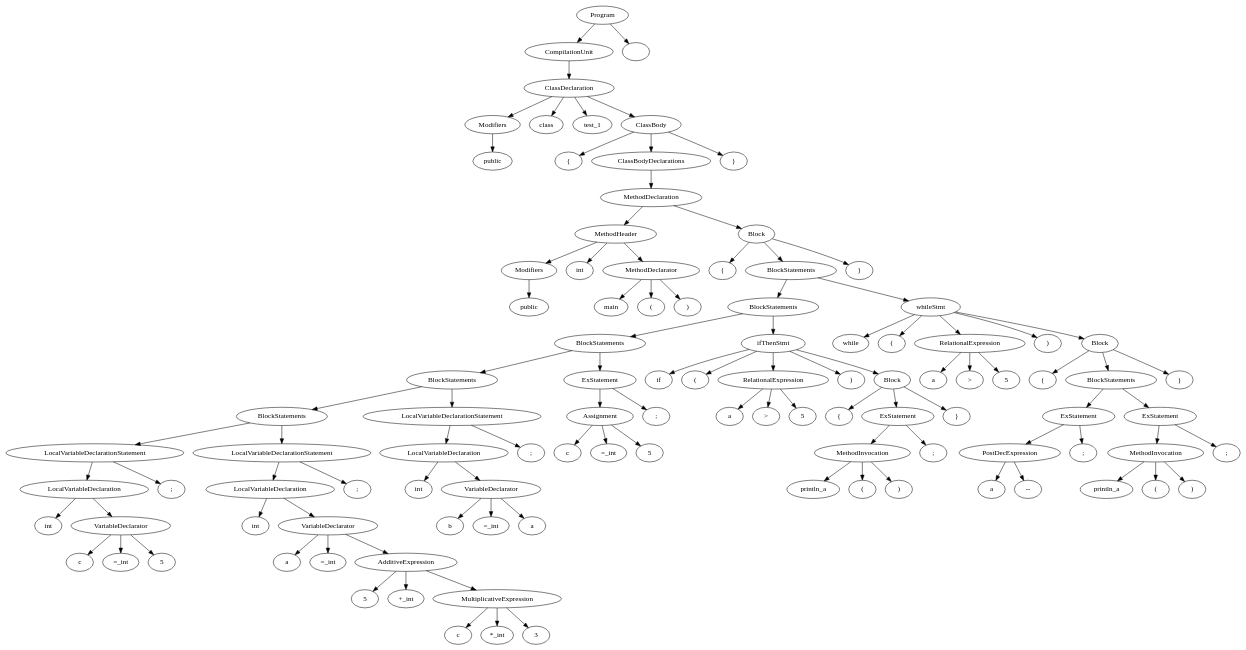
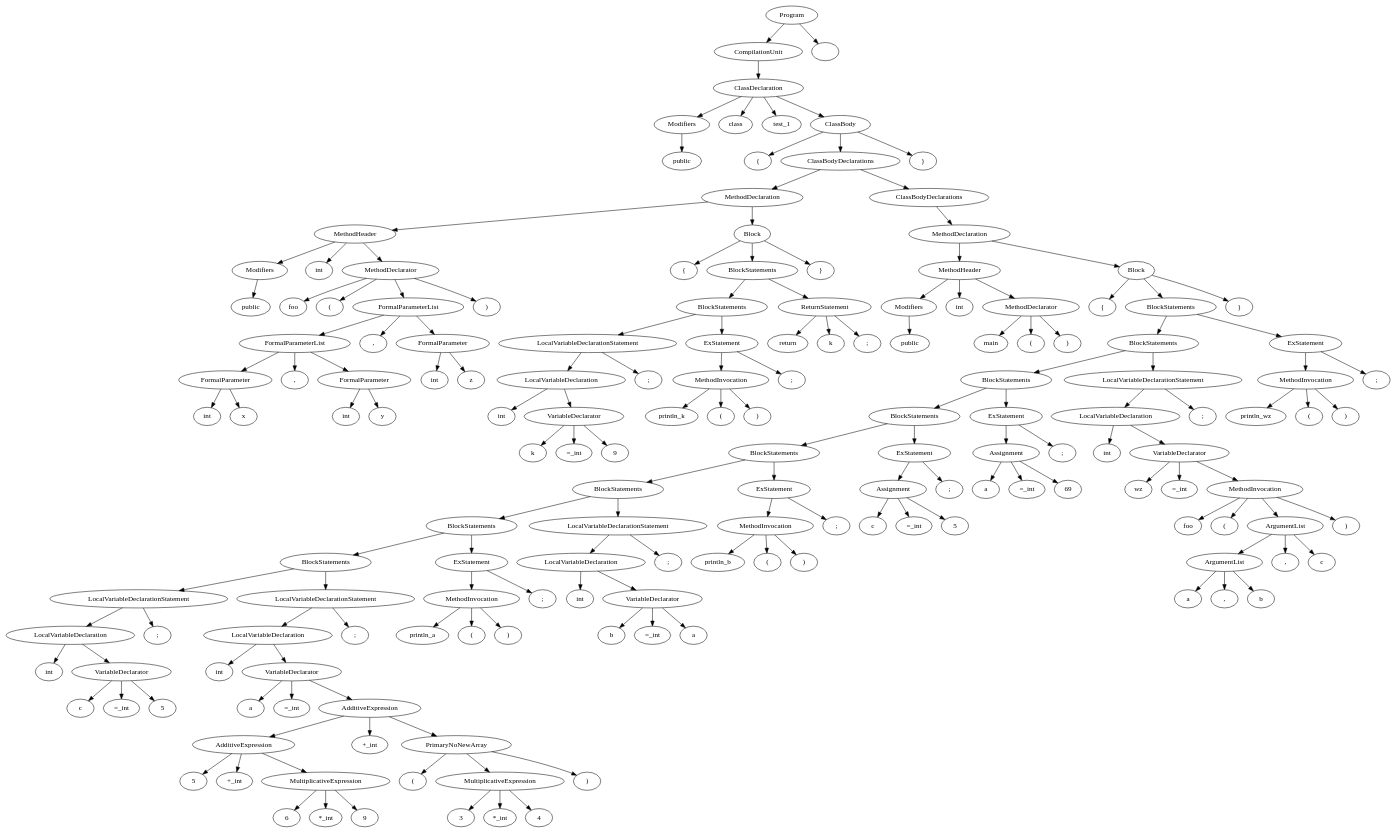
Before and after one commit to sandeepb20/Milestone: the diagram in cs335_project_200530/src/out.dot, drawn with Graphviz. The commit also changed 6 other files, not shown here.

```diff
--- a/cs335_project_200530/src/out.dot
+++ b/cs335_project_200530/src/out.dot
@@ -9,203 +9,323 @@
 n7 [label="Modifiers"]
 n7->n6;
 n8 [label="int"]
-n9 [label="main"]
+n9 [label="foo"]
 n10 [label="("]
-n11 [label=")"]
-n12 [label="MethodDeclarator"]
-n12->n11;
-n12->n10;
-n12->n9;
-n13 [label="MethodHeader"]
+n11 [label="int"]
+n12 [label="x"]
+n13 [label="FormalParameter"]
 n13->n12;
-n13->n8;
-n13->n7;
-n14 [label="{"]
+n13->n11;
+n14 [label=","]
 n15 [label="int"]
-n16 [label="c"]
-n17 [label="=_int"]
-n18 [label="5"]
-n19 [label="VariableDeclarator"]
-n19->n18;
-n19->n17;
-n19->n16;
-n20 [label="LocalVariableDeclaration"]
-n20->n19;
-n20->n15;
-n21 [label=";"]
-n22 [label="LocalVariableDeclarationStatement"]
+n16 [label="y"]
+n17 [label="FormalParameter"]
+n17->n16;
+n17->n15;
+n18 [label="FormalParameterList"]
+n18->n17;
+n18->n14;
+n18->n13;
+n19 [label=","]
+n20 [label="int"]
+n21 [label="z"]
+n22 [label="FormalParameter"]
 n22->n21;
 n22->n20;
-n23 [label="int"]
-n24 [label="a"]
-n25 [label="=_int"]
-n26 [label="5"]
-n27 [label="+_int"]
-n28 [label="c"]
-n29 [label="*_int"]
-n30 [label="3"]
-n31 [label="MultiplicativeExpression"]
-n31->n30;
-n31->n29;
-n31->n28;
-n32 [label="AdditiveExpression"]
+n23 [label="FormalParameterList"]
+n23->n22;
+n23->n19;
+n23->n18;
+n24 [label=")"]
+n25 [label="MethodDeclarator"]
+n25->n24;
+n25->n23;
+n25->n10;
+n25->n9;
+n26 [label="MethodHeader"]
+n26->n25;
+n26->n8;
+n26->n7;
+n27 [label="{"]
+n28 [label="int"]
+n29 [label="k"]
+n30 [label="=_int"]
+n31 [label="9"]
+n32 [label="VariableDeclarator"]
 n32->n31;
-n32->n27;
-n32->n26;
-n33 [label="VariableDeclarator"]
+n32->n30;
+n32->n29;
+n33 [label="LocalVariableDeclaration"]
 n33->n32;
-n33->n25;
-n33->n24;
-n34 [label="LocalVariableDeclaration"]
-n34->n33;
-n34->n23;
-n35 [label=";"]
-n36 [label="LocalVariableDeclarationStatement"]
-n36->n35;
-n36->n34;
-n37 [label="BlockStatements"]
-n37->n36;
-n37->n22;
-n38 [label="int"]
-n39 [label="b"]
-n40 [label="=_int"]
-n41 [label="a"]
-n42 [label="VariableDeclarator"]
+n33->n28;
+n34 [label=";"]
+n35 [label="LocalVariableDeclarationStatement"]
+n35->n34;
+n35->n33;
+n36 [label="println_k"]
+n37 [label="("]
+n38 [label=")"]
+n39 [label="MethodInvocation"]
+n39->n38;
+n39->n37;
+n39->n36;
+n40 [label=";"]
+n41 [label="ExStatement"]
+n41->n40;
+n41->n39;
+n42 [label="BlockStatements"]
 n42->n41;
-n42->n40;
-n42->n39;
-n43 [label="LocalVariableDeclaration"]
-n43->n42;
-n43->n38;
-n44 [label=";"]
-n45 [label="LocalVariableDeclarationStatement"]
-n45->n44;
-n45->n43;
-n46 [label="BlockStatements"]
+n42->n35;
+n43 [label="return"]
+n44 [label="k"]
+n45 [label=";"]
+n46 [label="ReturnStatement"]
 n46->n45;
-n46->n37;
-n47 [label="c"]
-n48 [label="=_int"]
-n49 [label="5"]
-n50 [label="Assignment"]
+n46->n44;
+n46->n43;
+n47 [label="BlockStatements"]
+n47->n46;
+n47->n42;
+n48 [label="}"]
+n49 [label="Block"]
+n49->n48;
+n49->n47;
+n49->n27;
+n50 [label="MethodDeclaration"]
 n50->n49;
-n50->n48;
-n50->n47;
-n51 [label=";"]
-n52 [label="ExStatement"]
+n50->n26;
+n51 [label="public"]
+n52 [label="Modifiers"]
 n52->n51;
-n52->n50;
-n53 [label="BlockStatements"]
-n53->n52;
-n53->n46;
-n54 [label="if"]
+n53 [label="int"]
+n54 [label="main"]
 n55 [label="("]
-n56 [label="a"]
-n57 [label=">"]
-n58 [label="5"]
-n59 [label="RelationalExpression"]
-n59->n58;
-n59->n57;
-n59->n56;
-n60 [label=")"]
-n61 [label="{"]
-n62 [label="println_a"]
-n63 [label="("]
-n64 [label=")"]
-n65 [label="MethodInvocation"]
+n56 [label=")"]
+n57 [label="MethodDeclarator"]
+n57->n56;
+n57->n55;
+n57->n54;
+n58 [label="MethodHeader"]
+n58->n57;
+n58->n53;
+n58->n52;
+n59 [label="{"]
+n60 [label="int"]
+n61 [label="c"]
+n62 [label="=_int"]
+n63 [label="5"]
+n64 [label="VariableDeclarator"]
+n64->n63;
+n64->n62;
+n64->n61;
+n65 [label="LocalVariableDeclaration"]
 n65->n64;
-n65->n63;
-n65->n62;
+n65->n60;
 n66 [label=";"]
-n67 [label="ExStatement"]
+n67 [label="LocalVariableDeclarationStatement"]
 n67->n66;
 n67->n65;
-n68 [label="}"]
-n69 [label="Block"]
-n69->n68;
-n69->n67;
-n69->n61;
-n70 [label="ifThenStmt"]
-n70->n69;
-n70->n60;
-n70->n59;
-n70->n55;
-n70->n54;
-n71 [label="BlockStatements"]
-n71->n70;
-n71->n53;
-n72 [label="while"]
-n73 [label="("]
-n74 [label="a"]
-n75 [label=">"]
-n76 [label="5"]
-n77 [label="RelationalExpression"]
+n68 [label="int"]
+n69 [label="a"]
+n70 [label="=_int"]
+n71 [label="5"]
+n72 [label="+_int"]
+n73 [label="6"]
+n74 [label="*_int"]
+n75 [label="9"]
+n76 [label="MultiplicativeExpression"]
+n76->n75;
+n76->n74;
+n76->n73;
+n77 [label="AdditiveExpression"]
 n77->n76;
-n77->n75;
-n77->n74;
-n78 [label=")"]
-n79 [label="{"]
-n80 [label="a"]
-n81 [label="--"]
-n82 [label="PostDecExpression"]
-n82->n81;
-n82->n80;
-n83 [label=";"]
-n84 [label="ExStatement"]
-n84->n83;
-n84->n82;
-n85 [label="println_a"]
-n86 [label="("]
-n87 [label=")"]
-n88 [label="MethodInvocation"]
+n77->n72;
+n77->n71;
+n78 [label="+_int"]
+n79 [label="("]
+n80 [label="3"]
+n81 [label="*_int"]
+n82 [label="4"]
+n83 [label="MultiplicativeExpression"]
+n83->n82;
+n83->n81;
+n83->n80;
+n84 [label=")"]
+n85 [label="PrimaryNoNewArray"]
+n85->n84;
+n85->n83;
+n85->n79;
+n86 [label="AdditiveExpression"]
+n86->n85;
+n86->n78;
+n86->n77;
+n87 [label="VariableDeclarator"]
+n87->n86;
+n87->n70;
+n87->n69;
+n88 [label="LocalVariableDeclaration"]
 n88->n87;
-n88->n86;
-n88->n85;
+n88->n68;
 n89 [label=";"]
-n90 [label="ExStatement"]
+n90 [label="LocalVariableDeclarationStatement"]
 n90->n89;
 n90->n88;
 n91 [label="BlockStatements"]
 n91->n90;
-n91->n84;
-n92 [label="}"]
-n93 [label="Block"]
-n93->n92;
-n93->n91;
-n93->n79;
-n94 [label="whileStmt"]
-n94->n93;
-n94->n78;
-n94->n77;
-n94->n73;
-n94->n72;
-n95 [label="BlockStatements"]
+n91->n67;
+n92 [label="println_a"]
+n93 [label="("]
+n94 [label=")"]
+n95 [label="MethodInvocation"]
 n95->n94;
-n95->n71;
-n96 [label="}"]
-n97 [label="Block"]
+n95->n93;
+n95->n92;
+n96 [label=";"]
+n97 [label="ExStatement"]
 n97->n96;
 n97->n95;
-n97->n14;
-n98 [label="MethodDeclaration"]
+n98 [label="BlockStatements"]
 n98->n97;
-n98->n13;
-n99 [label="ClassBodyDeclarations"]
-n99->n98;
-n100 [label="}"]
-n101 [label="ClassBody"]
-n101->n100;
-n101->n99;
-n101->n5;
-n102 [label="ClassDeclaration"]
-n102->n101;
-n102->n4;
-n102->n3;
-n102->n2;
-n103 [label="CompilationUnit"]
+n98->n91;
+n99 [label="int"]
+n100 [label="b"]
+n101 [label="=_int"]
+n102 [label="a"]
+n103 [label="VariableDeclarator"]
 n103->n102;
-n104 [label="Program"]
-n104->n105;
+n103->n101;
+n103->n100;
+n104 [label="LocalVariableDeclaration"]
 n104->n103;
-n105 [label=""]
+n104->n99;
+n105 [label=";"]
+n106 [label="LocalVariableDeclarationStatement"]
+n106->n105;
+n106->n104;
+n107 [label="BlockStatements"]
+n107->n106;
+n107->n98;
+n108 [label="println_b"]
+n109 [label="("]
+n110 [label=")"]
+n111 [label="MethodInvocation"]
+n111->n110;
+n111->n109;
+n111->n108;
+n112 [label=";"]
+n113 [label="ExStatement"]
+n113->n112;
+n113->n111;
+n114 [label="BlockStatements"]
+n114->n113;
+n114->n107;
+n115 [label="c"]
+n116 [label="=_int"]
+n117 [label="5"]
+n118 [label="Assignment"]
+n118->n117;
+n118->n116;
+n118->n115;
+n119 [label=";"]
+n120 [label="ExStatement"]
+n120->n119;
+n120->n118;
+n121 [label="BlockStatements"]
+n121->n120;
+n121->n114;
+n122 [label="a"]
+n123 [label="=_int"]
+n124 [label="69"]
+n125 [label="Assignment"]
+n125->n124;
+n125->n123;
+n125->n122;
+n126 [label=";"]
+n127 [label="ExStatement"]
+n127->n126;
+n127->n125;
+n128 [label="BlockStatements"]
+n128->n127;
+n128->n121;
+n129 [label="int"]
+n130 [label="wz"]
+n131 [label="=_int"]
+n132 [label="foo"]
+n133 [label="("]
+n134 [label="a"]
+n135 [label=","]
+n136 [label="b"]
+n137 [label="ArgumentList"]
+n137->n136;
+n137->n135;
+n137->n134;
+n138 [label=","]
+n139 [label="c"]
+n140 [label="ArgumentList"]
+n140->n139;
+n140->n138;
+n140->n137;
+n141 [label=")"]
+n142 [label="MethodInvocation"]
+n142->n141;
+n142->n140;
+n142->n133;
+n142->n132;
+n143 [label="VariableDeclarator"]
+n143->n142;
+n143->n131;
+n143->n130;
+n144 [label="LocalVariableDeclaration"]
+n144->n143;
+n144->n129;
+n145 [label=";"]
+n146 [label="LocalVariableDeclarationStatement"]
+n146->n145;
+n146->n144;
+n147 [label="BlockStatements"]
+n147->n146;
+n147->n128;
+n148 [label="println_wz"]
+n149 [label="("]
+n150 [label=")"]
+n151 [label="MethodInvocation"]
+n151->n150;
+n151->n149;
+n151->n148;
+n152 [label=";"]
+n153 [label="ExStatement"]
+n153->n152;
+n153->n151;
+n154 [label="BlockStatements"]
+n154->n153;
+n154->n147;
+n155 [label="}"]
+n156 [label="Block"]
+n156->n155;
+n156->n154;
+n156->n59;
+n157 [label="MethodDeclaration"]
+n157->n156;
+n157->n58;
+n158 [label="ClassBodyDeclarations"]
+n158->n157;
+n159 [label="ClassBodyDeclarations"]
+n159->n158;
+n159->n50;
+n160 [label="}"]
+n161 [label="ClassBody"]
+n161->n160;
+n161->n159;
+n161->n5;
+n162 [label="ClassDeclaration"]
+n162->n161;
+n162->n4;
+n162->n3;
+n162->n2;
+n163 [label="CompilationUnit"]
+n163->n162;
+n164 [label="Program"]
+n164->n165;
+n164->n163;
+n165 [label=""]
 }
```
